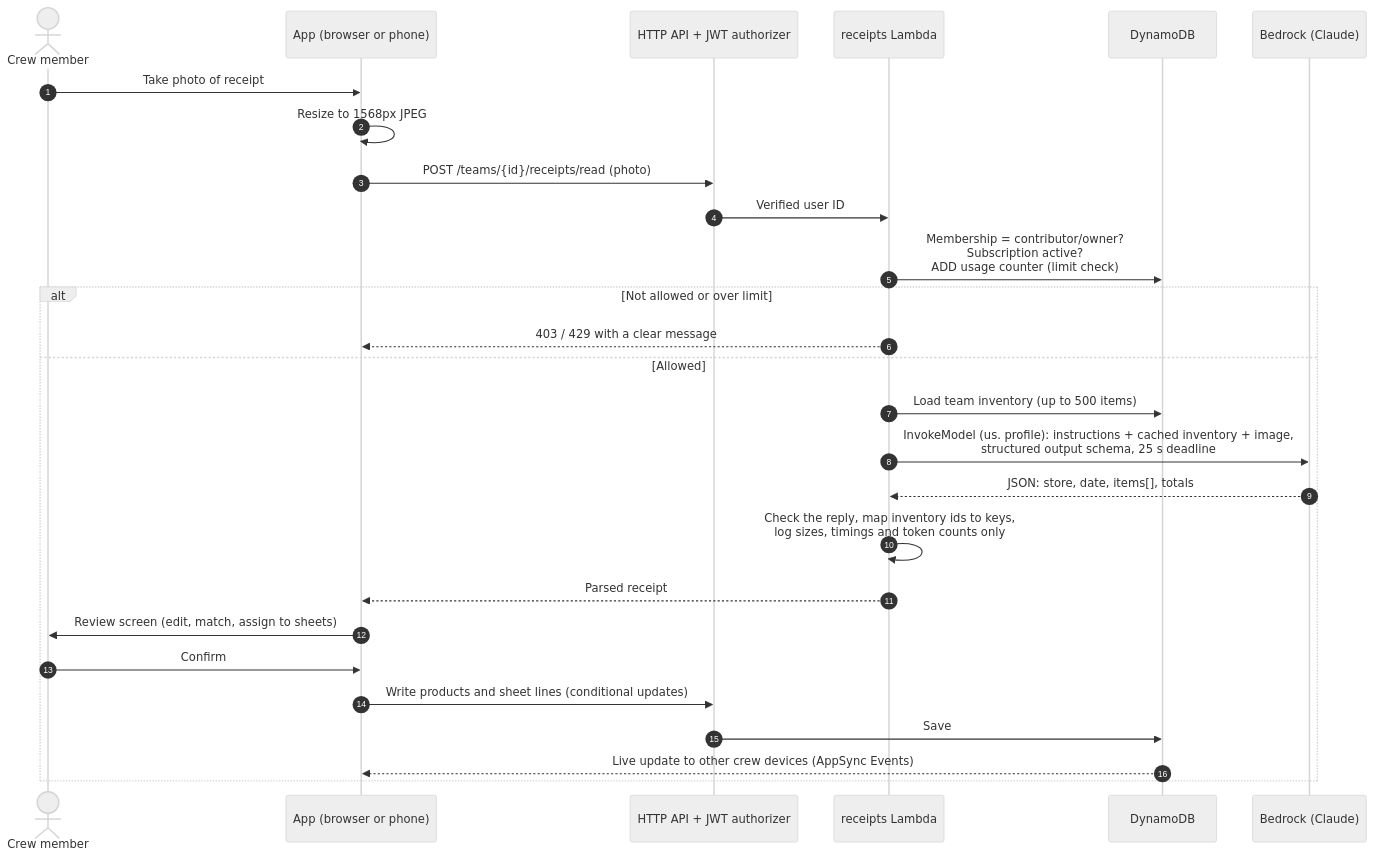
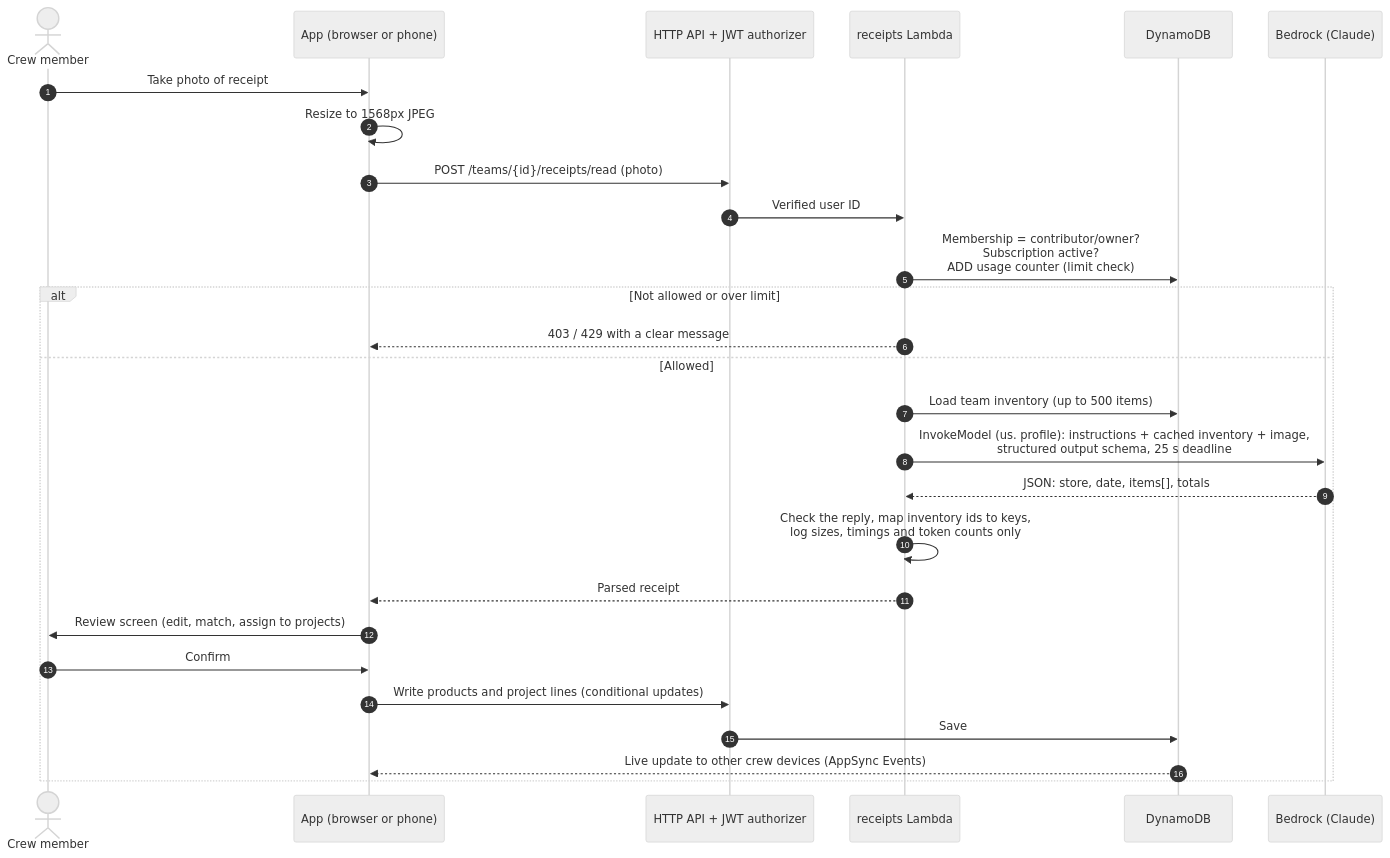
Before and after one commit to davetashner/supply-checkout: the third of 12 diagrams in docs/architecture/README.md, drawn with Mermaid (neutral theme). The commit also changed other lines of this file and 77 other files, not shown here.

````diff
--- a/docs/architecture/README.md
+++ b/docs/architecture/README.md
@@ -137,30 +137,30 @@
 ```mermaid
 sequenceDiagram
   autonumber
   actor U as Crew member
   participant App as App (browser or phone)
   participant API as HTTP API + JWT authorizer
   participant L as receipts Lambda
   participant DB as DynamoDB
   participant B as Bedrock (Claude)
 
   U->>App: Take photo of receipt
   App->>App: Resize to 1568px JPEG
   App->>API: POST /teams/{id}/receipts/read (photo)
   API->>L: Verified user ID
   L->>DB: Membership = contributor/owner?<br/>Subscription active?<br/>ADD usage counter (limit check)
   alt Not allowed or over limit
     L-->>App: 403 / 429 with a clear message
   else Allowed
     L->>DB: Load team inventory (up to 500 items)
     L->>B: InvokeModel (us. profile): instructions + cached inventory + image,<br/>structured output schema, 25 s deadline
     B-->>L: JSON: store, date, items[], totals
     L->>L: Check the reply, map inventory ids to keys,<br/>log sizes, timings and token counts only
     L-->>App: Parsed receipt
-    App->>U: Review screen (edit, match, assign to sheets)
+    App->>U: Review screen (edit, match, assign to projects)
     U->>App: Confirm
-    App->>API: Write products and sheet lines (conditional updates)
+    App->>API: Write products and project lines (conditional updates)
     API->>DB: Save
     DB-->>App: Live update to other crew devices (AppSync Events)
   end
 ```
````
